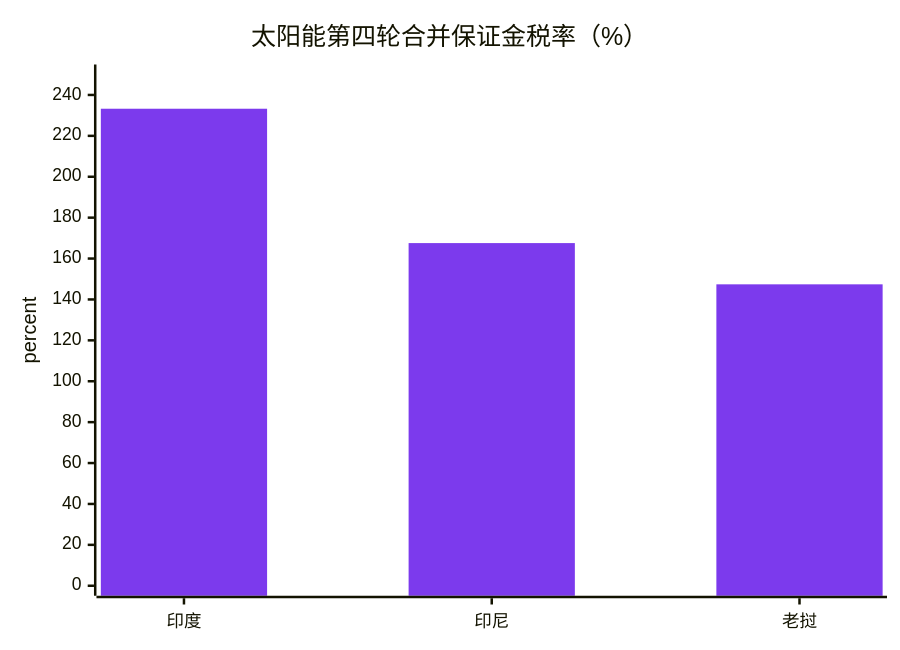
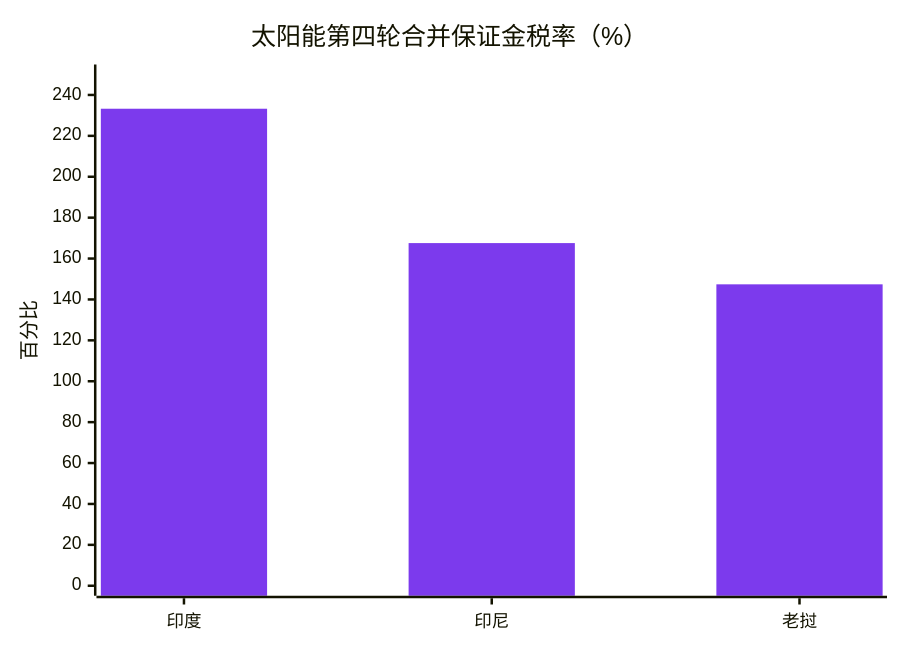
The second of 9 diagrams in Global-Trade-Intelligence-weekly-2026-11-09/index.zh.md (dureach/research), drawn with Mermaid before and after one commit. The commit also changed other lines of this file and 5 other files, not shown here.

````diff
--- a/Global-Trade-Intelligence-weekly-2026-11-09/index.zh.md
+++ b/Global-Trade-Intelligence-weekly-2026-11-09/index.zh.md
@@ -225,8 +225,8 @@
 ```mermaid
 %%{init: {'theme': 'base', 'themeVariables': {'xyChart': {'plotColorPalette': '#7c3aed'}}}}%%
 xychart-beta
     title "太阳能第四轮合并保证金税率（%）"
     x-axis ["印度", "印尼", "老挝"]
-    y-axis "percent" 0 --> 250
+    y-axis "百分比" 0 --> 250
     bar [233.26, 167.56, 147.39]
 ```
````
